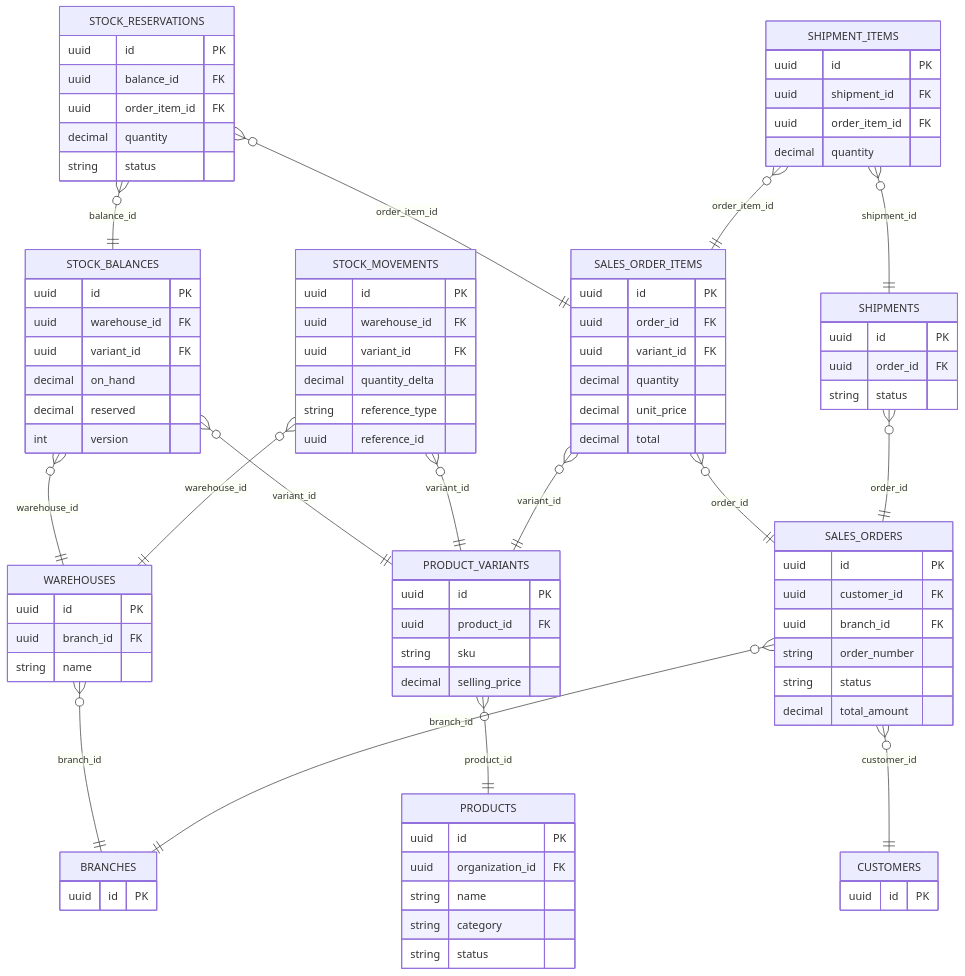
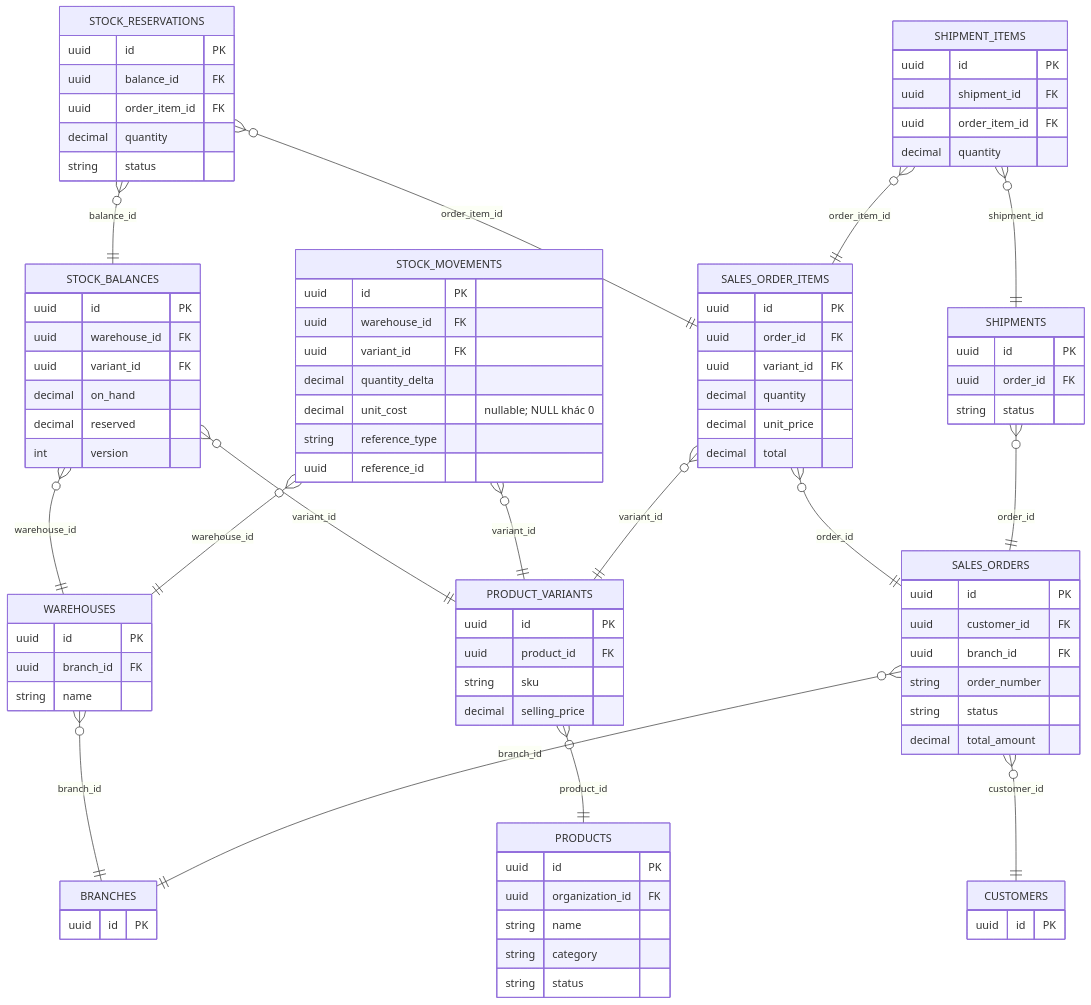
The second of 3 diagrams in docs/product/SRS.md (5erax/nexuserp), drawn with Mermaid before and after one commit. The commit also changed other lines of this file and 16 other files, not shown here.

```diff
--- a/docs/product/SRS.md
+++ b/docs/product/SRS.md
@@ -382,6 +387,7 @@
         uuid warehouse_id FK
         uuid variant_id FK
         decimal quantity_delta
+        decimal unit_cost "nullable; NULL khác 0"
         string reference_type
         uuid reference_id
     }
```
